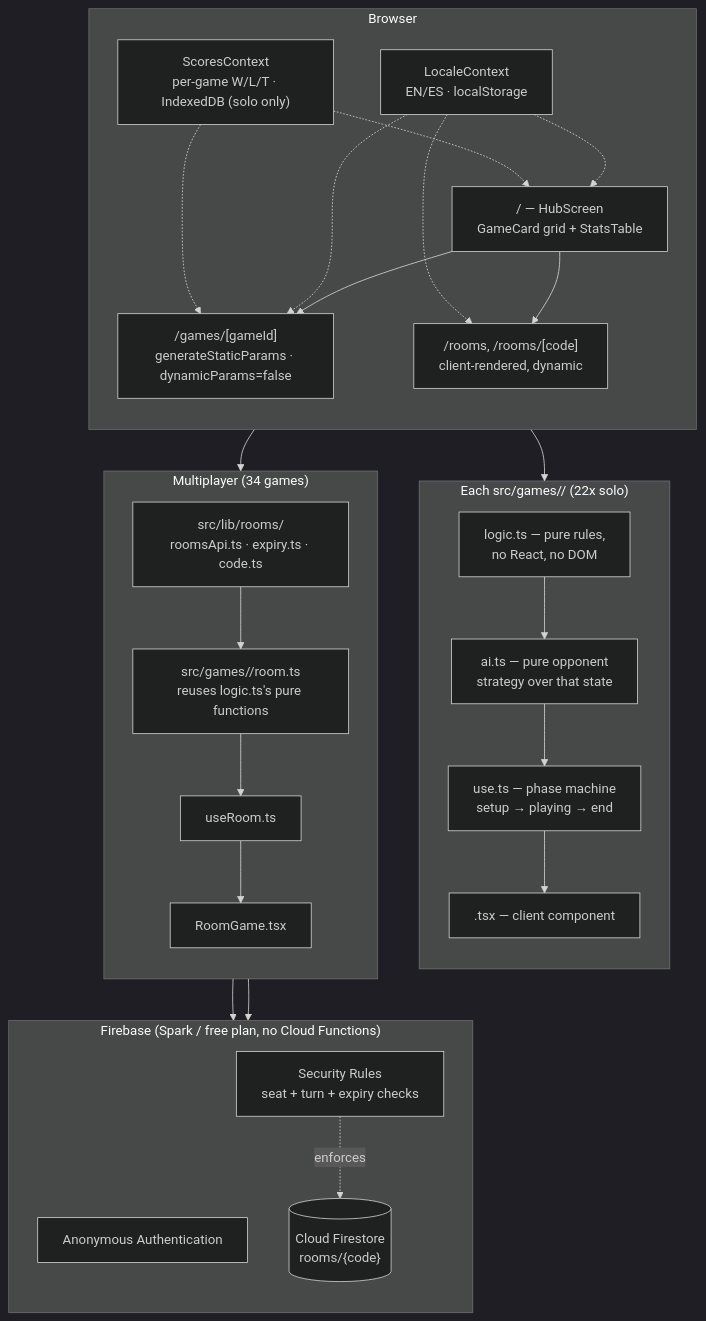
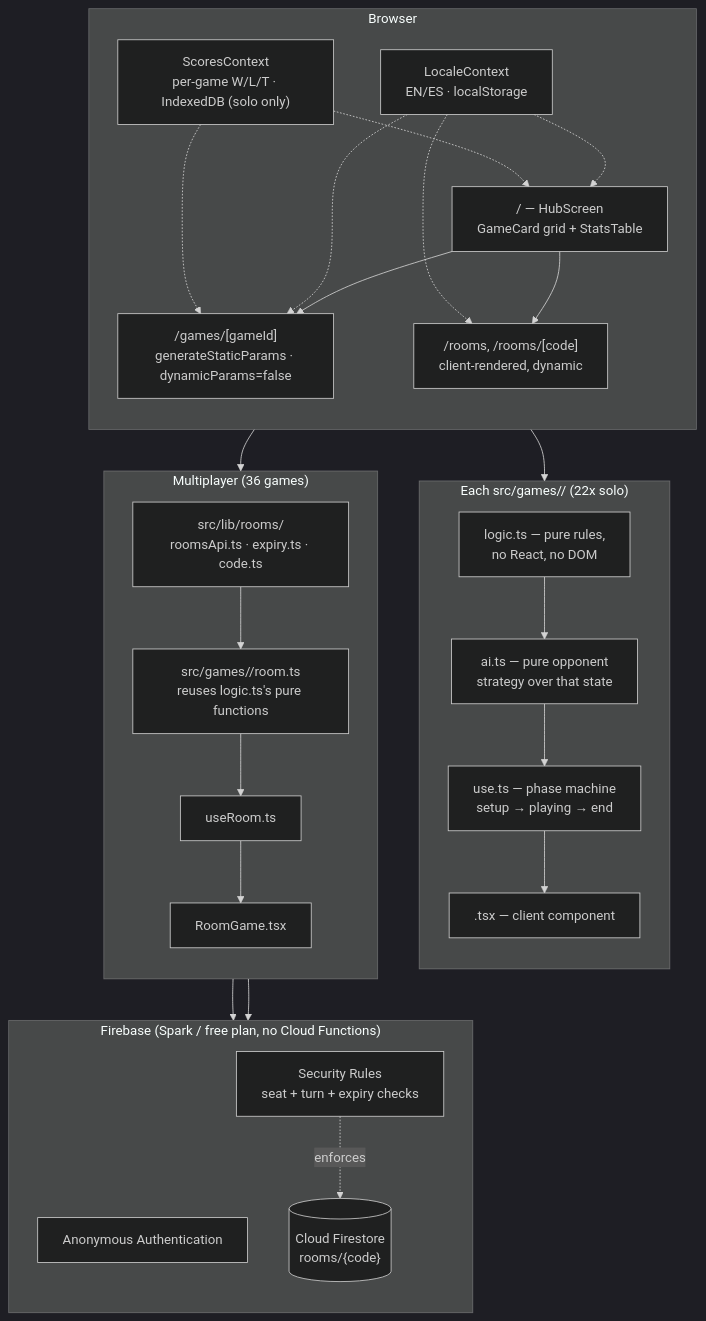
Before and after one commit to JoanOliver04/minigame-hub: the diagram in README.md, drawn with Mermaid (dark theme). The commit also changed other lines of this file and 27 other files, not shown here.

````diff
--- a/README.md
+++ b/README.md
@@ -222,50 +224,50 @@
 ```mermaid
 flowchart TB
     subgraph Browser
         direction TB
         Hub["/  — HubScreen<br/>GameCard grid + StatsTable"]
         Game["/games/[gameId]<br/>generateStaticParams · dynamicParams=false"]
         Rooms["/rooms, /rooms/[code]<br/>client-rendered, dynamic"]
         LC["LocaleContext<br/>EN/ES · localStorage"]
         SC["ScoresContext<br/>per-game W/L/T · IndexedDB (solo only)"]
         Hub --> Game
         Hub --> Rooms
         LC -.-> Hub
         LC -.-> Game
         LC -.-> Rooms
         SC -.-> Hub
         SC -.-> Game
     end
 
     subgraph PerGame["Each src/games/<id>/ (22x solo)"]
         direction TB
         Logic["logic.ts — pure rules,<br/>no React, no DOM"]
         AI["ai.ts — pure opponent<br/>strategy over that state"]
         Hook["use<Name>.ts — phase machine<br/>setup → playing → end"]
         View["<Name>.tsx — client component"]
         Logic --> AI --> Hook --> View
     end
 
-    subgraph RoomLayer["Multiplayer (34 games)"]
+    subgraph RoomLayer["Multiplayer (36 games)"]
         direction TB
         RoomLib["src/lib/rooms/<br/>roomsApi.ts · expiry.ts · code.ts"]
         RoomGame["src/games/<id>/room.ts<br/>reuses logic.ts's pure functions"]
         RoomHook["use<Name>Room.ts"]
         RoomView["<Name>RoomGame.tsx"]
         RoomLib --> RoomGame --> RoomHook --> RoomView
     end
 
     Game --> PerGame
     Rooms --> RoomLayer
 
     subgraph Firebase["Firebase (Spark / free plan, no Cloud Functions)"]
         direction TB
         Auth["Anonymous Authentication"]
         FS[("Cloud Firestore<br/>rooms/{code}")]
         Rules["Security Rules<br/>seat + turn + expiry checks"]
     end
 
     RoomLib --> Auth
     RoomLib --> FS
     Rules -.enforces.-> FS
 ```
````
